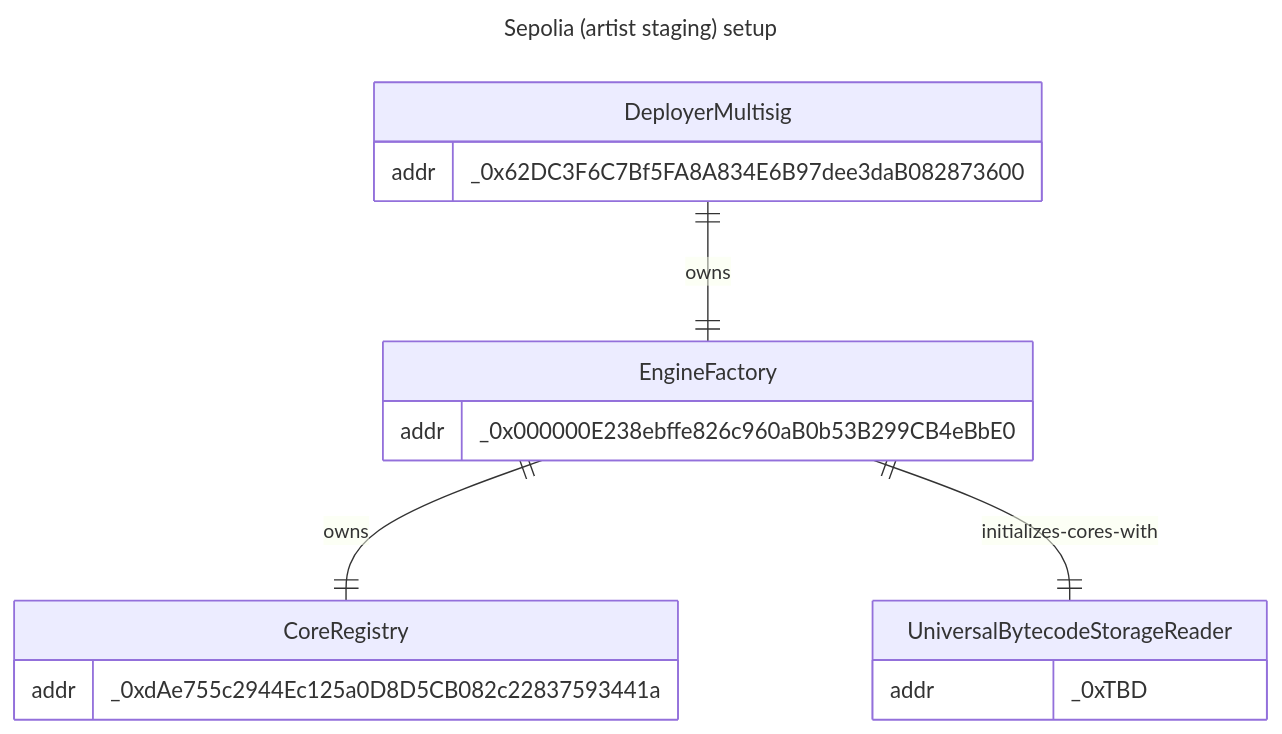
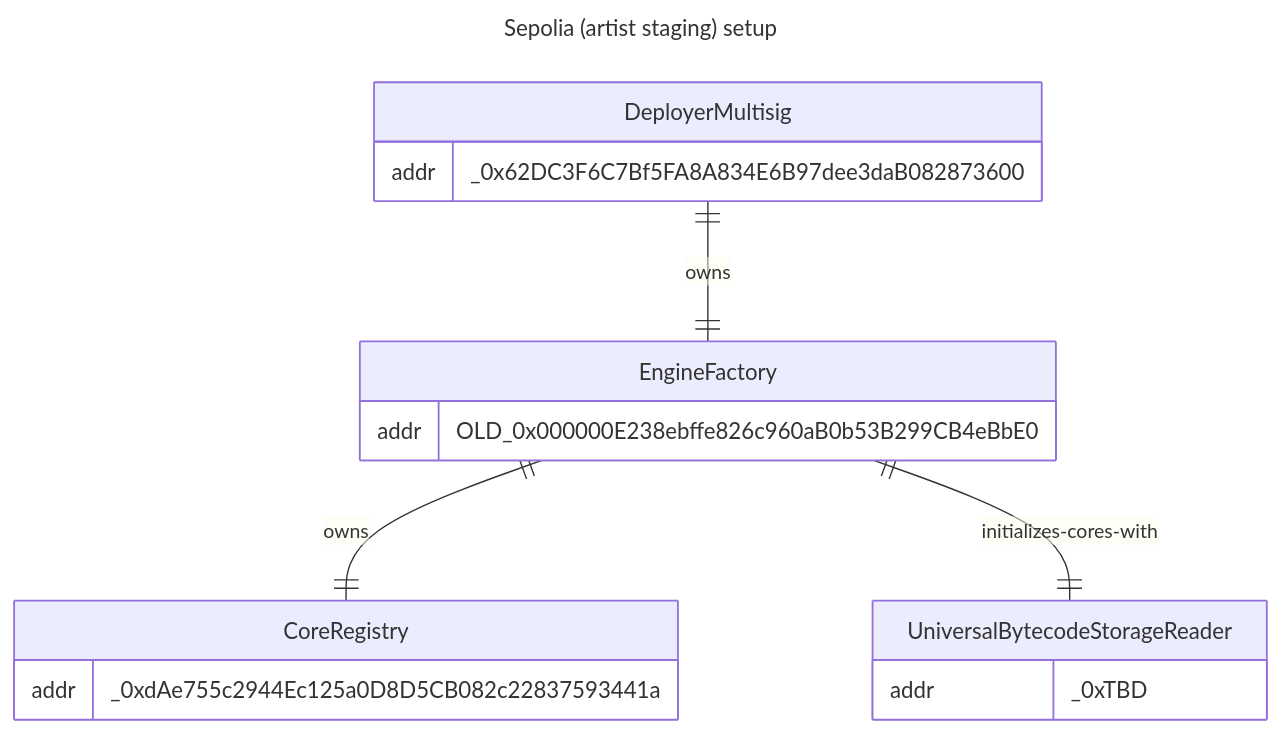
One commit to void-smith660/artblocks-contracts changed the third of 4 diagrams in packages/contracts/INFRASTRUCTURE.md. Above: the diagram before and after it, drawn with Mermaid. The commit also changed other lines of this file, not shown here.

````diff
--- a/packages/contracts/INFRASTRUCTURE.md
+++ b/packages/contracts/INFRASTRUCTURE.md
@@ -76,21 +76,21 @@
 ```mermaid
 ---
 title: Sepolia (artist staging) setup
 ---
 erDiagram
     DeployerMultisig ||--|| EngineFactory : owns
     EngineFactory ||--|| CoreRegistry : owns
     EngineFactory ||--|| UniversalBytecodeStorageReader : initializes-cores-with
     DeployerMultisig {
         addr _0x62DC3F6C7Bf5FA8A834E6B97dee3daB082873600
     }
     EngineFactory {
-        addr _0x000000E238ebffe826c960aB0b53B299CB4eBbE0
+        addr OLD_0x000000E238ebffe826c960aB0b53B299CB4eBbE0
     }
     CoreRegistry {
         addr _0xdAe755c2944Ec125a0D8D5CB082c22837593441a
     }
     UniversalBytecodeStorageReader {
         addr _0xTBD
     }
 ```
````
